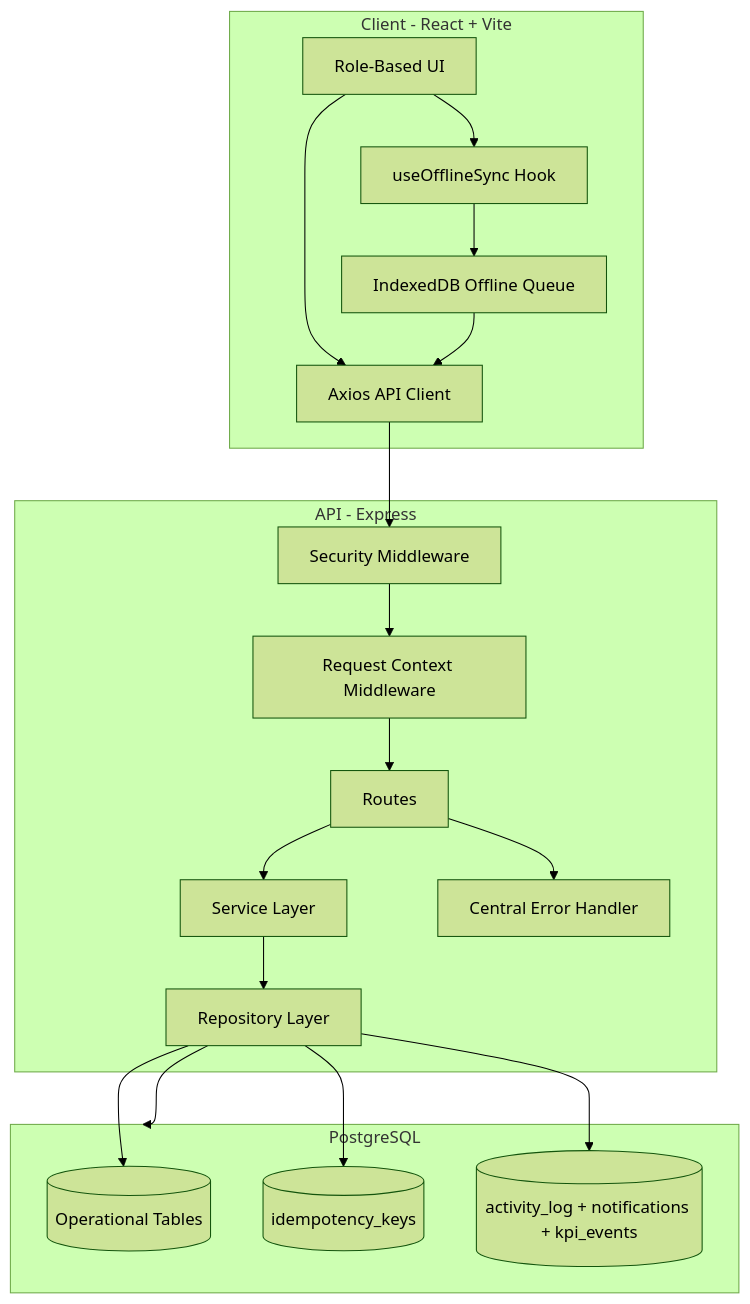
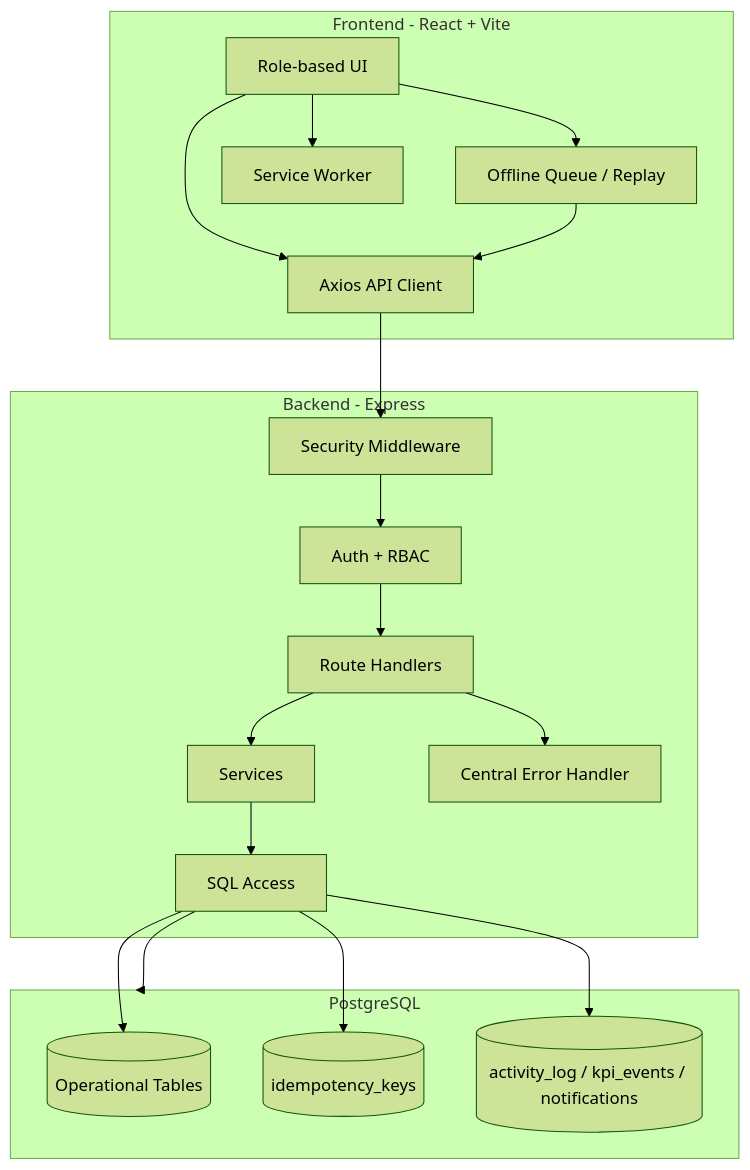
The diagram in README.md (Asout3/bakery-ops-app), drawn with Mermaid (forest theme) before and after one commit. The commit also changed other lines of this file and 10 other files, not shown here.

````diff
--- a/README.md
+++ b/README.md
@@ -34,31 +101,32 @@
 ```mermaid
 flowchart TB
-  subgraph Frontend[Client - React + Vite]
-    UI[Role-Based UI]
+  subgraph Client[Frontend - React + Vite]
+    UI[Role-based UI]
     AX[Axios API Client]
-    SYNC[useOfflineSync Hook]
-    QUEUE[IndexedDB Offline Queue]
+    OFFQ[Offline Queue / Replay]
+    SW[Service Worker]
   end
 
-  subgraph Backend[API - Express]
+  subgraph API[Backend - Express]
     SEC[Security Middleware]
-    CTX[Request Context Middleware]
-    ROUTES[Routes]
-    SERVICES[Service Layer]
-    REPOS[Repository Layer]
+    AUTH[Auth + RBAC]
+    ROUTES[Route Handlers]
+    SVC[Services]
+    REPO[SQL Access]
     ERR[Central Error Handler]
   end
 
-  subgraph Data[PostgreSQL]
+  subgraph DB[PostgreSQL]
     CORE[(Operational Tables)]
     IDEM[(idempotency_keys)]
-    AUDIT[(activity_log + notifications + kpi_events)]
+    AUD[(activity_log / kpi_events / notifications)]
   end
 
-  UI --> AX --> SEC --> CTX --> ROUTES --> SERVICES --> REPOS --> Data
-  UI --> SYNC --> QUEUE --> AX
+  UI --> AX --> SEC --> AUTH --> ROUTES --> SVC --> REPO --> DB
+  UI --> OFFQ --> AX
+  UI --> SW
   ROUTES --> ERR
-  REPOS --> CORE
-  REPOS --> IDEM
-  REPOS --> AUDIT
+  REPO --> CORE
+  REPO --> IDEM
+  REPO --> AUD
 ```
````
